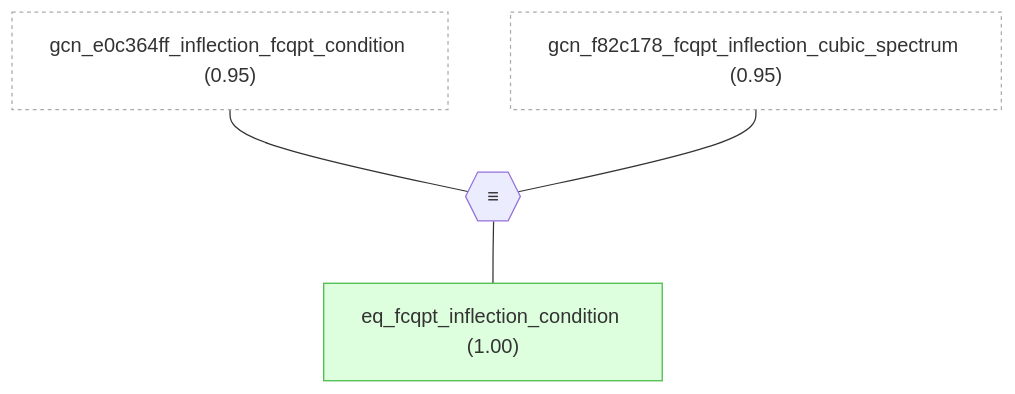
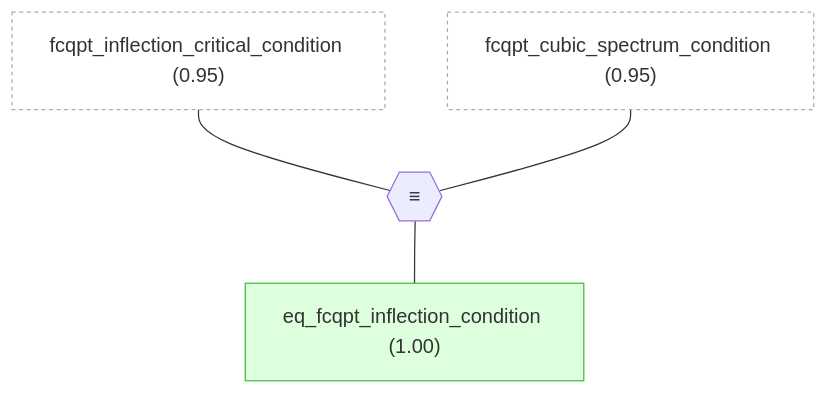
Diagram 13 of 13 in docs/detailed-reasoning.md (Callo42/fermi-liquid-effective-mass-gaia), drawn with Mermaid before and after one commit. The commit also changed other lines of this file and 33 other files, not shown here.

````diff
--- a/docs/detailed-reasoning.md
+++ b/docs/detailed-reasoning.md
@@ -1227,20 +1227,20 @@
 ```mermaid
 graph TD
-    gcn_e0c364ff_inflection_fcqpt_condition["gcn_e0c364ff_inflection_fcqpt_condition (0.95)"]:::external
-    gcn_f82c178_fcqpt_inflection_cubic_spectrum["gcn_f82c178_fcqpt_inflection_cubic_spectrum (0.95)"]:::external
+    fcqpt_inflection_critical_condition["fcqpt_inflection_critical_condition (0.95)"]:::external
+    fcqpt_cubic_spectrum_condition["fcqpt_cubic_spectrum_condition (0.95)"]:::external
     eq_fcqpt_inflection_condition["eq_fcqpt_inflection_condition (1.00)"]:::derived
     oper_0{{"≡"}}
-    gcn_e0c364ff_inflection_fcqpt_condition --- oper_0
-    gcn_f82c178_fcqpt_inflection_cubic_spectrum --- oper_0
+    fcqpt_inflection_critical_condition --- oper_0
+    fcqpt_cubic_spectrum_condition --- oper_0
     oper_0 --- eq_fcqpt_inflection_condition
 
     classDef setting fill:#f0f0f0,stroke:#999,color:#333
     classDef premise fill:#ddeeff,stroke:#4488bb,color:#333
     classDef derived fill:#ddffdd,stroke:#44bb44,color:#333
     classDef question fill:#fff3dd,stroke:#cc9944,color:#333
     classDef background fill:#f5f5f5,stroke:#bbb,stroke-dasharray: 5 5,color:#333
     classDef orphan fill:#fff,stroke:#ccc,stroke-dasharray: 5 5,color:#333
     classDef external fill:#fff,stroke:#aaa,stroke-dasharray: 3 3,color:#333
     classDef weak fill:#fff9c4,stroke:#f9a825,stroke-dasharray: 5 5,color:#333
     classDef contra fill:#ffebee,stroke:#c62828,color:#333
 ```
````
